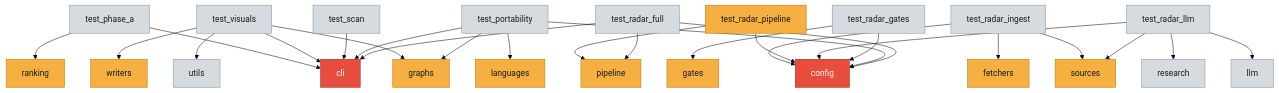
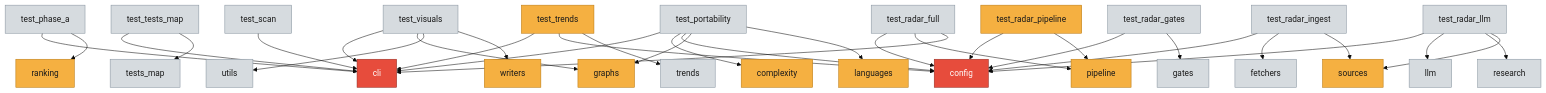
Before and after one commit to hhleroy97/repo-scan: the diagram in docs/reports/dependencies.md, drawn with Mermaid (base theme). The commit also changed other lines of this file and 9 other files, not shown here.

Commit message:
docs: README + changelog for assessment hardening (lizard, trends, test mapping, CI)

````diff
--- a/docs/reports/dependencies.md
+++ b/docs/reports/dependencies.md
@@ -12,34 +12,40 @@
 ```mermaid
 graph TD
-  tests_test_phase_a["test_phase_a"] --> repo_scan_radar_cli["cli"]
+  tests_test_phase_a["test_phase_a"] --> repo_scan_cli["cli"]
   tests_test_phase_a["test_phase_a"] --> repo_scan_ranking["ranking"]
   tests_test_radar_ingest["test_radar_ingest"] --> repo_scan_config["config"]
   tests_test_radar_ingest["test_radar_ingest"] --> repo_scan_radar_fetchers["fetchers"]
   tests_test_radar_ingest["test_radar_ingest"] --> repo_scan_radar_sources["sources"]
-  tests_test_visuals["test_visuals"] --> repo_scan_radar_cli["cli"]
+  tests_test_visuals["test_visuals"] --> repo_scan_cli["cli"]
   tests_test_visuals["test_visuals"] --> repo_scan_graphs["graphs"]
   tests_test_visuals["test_visuals"] --> repo_scan_utils["utils"]
   tests_test_visuals["test_visuals"] --> repo_scan_writers["writers"]
-  tests_test_scan["test_scan"] --> repo_scan_radar_cli["cli"]
+  tests_test_trends["test_trends"] --> repo_scan_cli["cli"]
+  tests_test_trends["test_trends"] --> repo_scan_config["config"]
+  tests_test_trends["test_trends"] --> repo_scan_trends["trends"]
+  tests_test_scan["test_scan"] --> repo_scan_cli["cli"]
   tests_test_radar_pipeline["test_radar_pipeline"] --> repo_scan_config["config"]
   tests_test_radar_pipeline["test_radar_pipeline"] --> repo_scan_radar_pipeline["pipeline"]
   tests_test_radar_llm["test_radar_llm"] --> repo_scan_config["config"]
   tests_test_radar_llm["test_radar_llm"] --> repo_scan_radar_llm["llm"]
   tests_test_radar_llm["test_radar_llm"] --> repo_scan_radar_research["research"]
   tests_test_radar_llm["test_radar_llm"] --> repo_scan_radar_sources["sources"]
   tests_test_radar_gates["test_radar_gates"] --> repo_scan_config["config"]
   tests_test_radar_gates["test_radar_gates"] --> repo_scan_radar_gates["gates"]
-  tests_test_portability["test_portability"] --> repo_scan_radar_cli["cli"]
+  tests_test_portability["test_portability"] --> repo_scan_cli["cli"]
+  tests_test_portability["test_portability"] --> repo_scan_complexity["complexity"]
   tests_test_portability["test_portability"] --> repo_scan_config["config"]
   tests_test_portability["test_portability"] --> repo_scan_graphs["graphs"]
   tests_test_portability["test_portability"] --> repo_scan_languages["languages"]
+  tests_test_tests_map["test_tests_map"] --> repo_scan_cli["cli"]
+  tests_test_tests_map["test_tests_map"] --> repo_scan_tests_map["tests_map"]
   tests_test_radar_full["test_radar_full"] --> repo_scan_config["config"]
   tests_test_radar_full["test_radar_full"] --> repo_scan_radar_pipeline["pipeline"]
-  tests_test_radar_full["test_radar_full"] --> repo_scan_radar_cli["cli"]
+  tests_test_radar_full["test_radar_full"] --> repo_scan_cli["cli"]
   classDef hot fill:#e74c3c,stroke:#922b21,color:#fff
   classDef warm fill:#f5b041,stroke:#b9770e,color:#1a1a1a
   classDef cold fill:#d6dbdf,stroke:#85929e,color:#1a1a1a
-  class repo_scan_config,repo_scan_radar_cli hot
-  class repo_scan_graphs,repo_scan_languages,repo_scan_radar_fetchers,repo_scan_radar_gates,repo_scan_radar_pipeline,repo_scan_radar_sources,repo_scan_ranking,repo_scan_writers,tests_test_radar_pipeline warm
-  class repo_scan_radar_llm,repo_scan_radar_research,repo_scan_utils,tests_test_phase_a,tests_test_portability,tests_test_radar_full,tests_test_radar_gates,tests_test_radar_ingest,tests_test_radar_llm,tests_test_scan,tests_test_visuals cold
+  class repo_scan_cli,repo_scan_config hot
+  class repo_scan_complexity,repo_scan_graphs,repo_scan_languages,repo_scan_radar_pipeline,repo_scan_radar_sources,repo_scan_ranking,repo_scan_writers,tests_test_radar_pipeline,tests_test_trends warm
+  class repo_scan_radar_fetchers,repo_scan_radar_gates,repo_scan_radar_llm,repo_scan_radar_research,repo_scan_tests_map,repo_scan_trends,repo_scan_utils,tests_test_phase_a,tests_test_portability,tests_test_radar_full,tests_test_radar_gates,tests_test_radar_ingest,tests_test_radar_llm,tests_test_scan,tests_test_tests_map,tests_test_visuals cold
 ```
````
